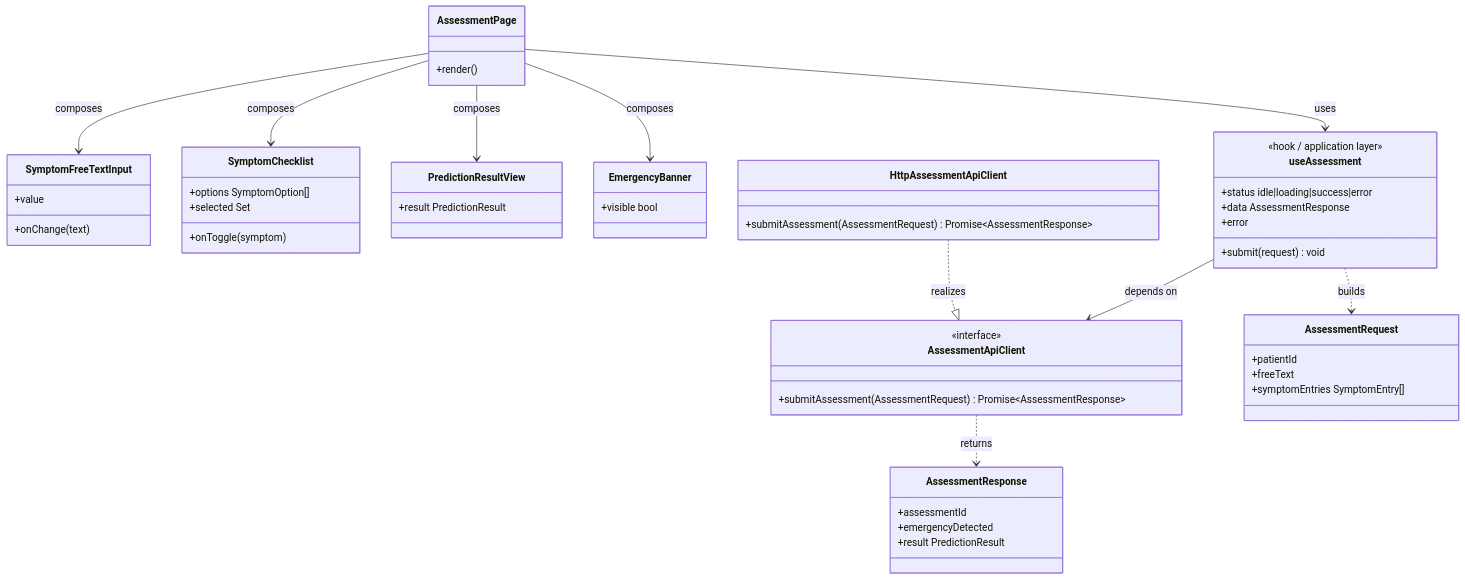
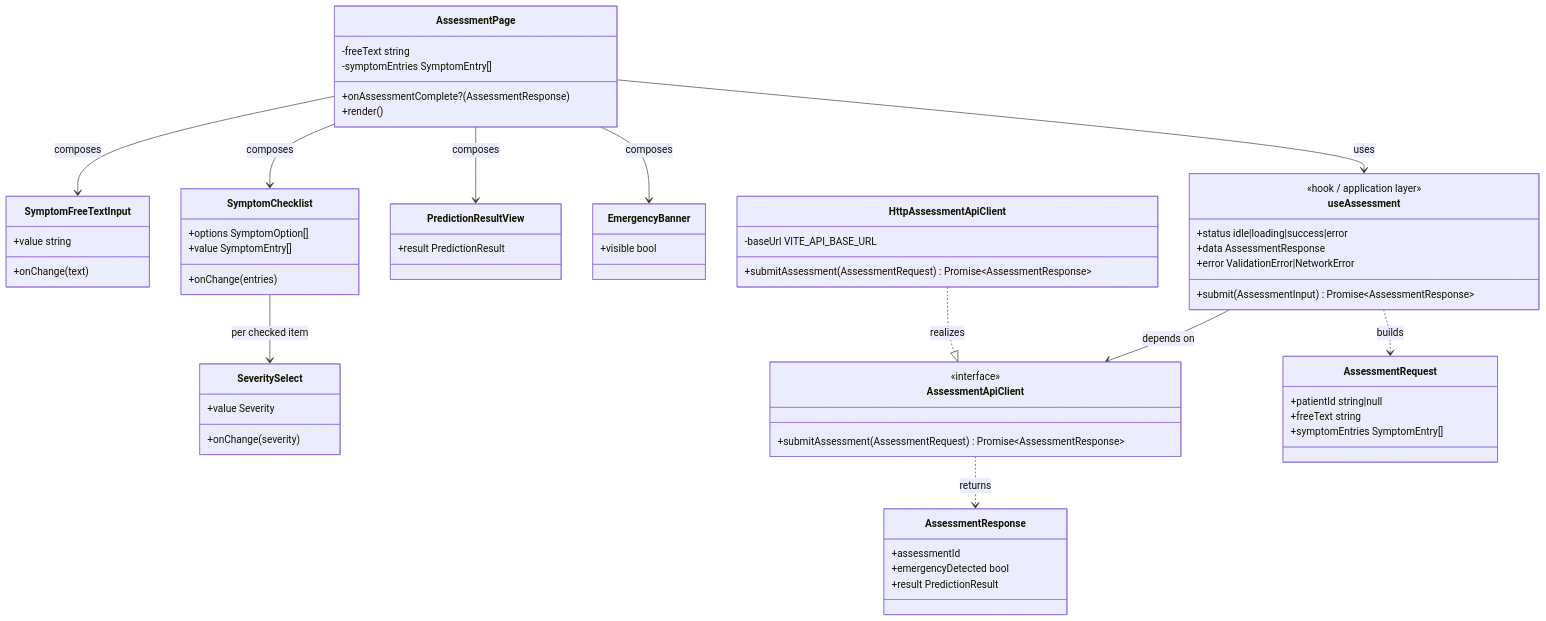
Before and after one commit to Disease-Prediction-ASET26/disease-prediction-docs: the diagram in docs/mdd/iteration3/assessment_feature_class.mmd, drawn with Mermaid. The commit also changed 14 other files, not shown here.

First line of the commit message:
docs(mdd): add implemented Iteration 3 and 4 diagrams from the frontend repo

```diff
--- a/docs/mdd/iteration3/assessment_feature_class.mmd
+++ b/docs/mdd/iteration3/assessment_feature_class.mmd
@@ -1,55 +1,64 @@
-%% MDD Iteration 3 - Structural model: Patient Web App symptom-prediction feature
+%% MDD Iteration 3 - Structural model: Patient Web App prediction feature
 %% Render: VS Code Mermaid preview, IntelliJ, or https://mermaid.live
 classDiagram
     class AssessmentPage {
+        -freeText string
+        -symptomEntries SymptomEntry[]
+        +onAssessmentComplete?(AssessmentResponse)
         +render()
     }
     class SymptomFreeTextInput {
-        +value
+        +value string
         +onChange(text)
     }
     class SymptomChecklist {
         +options SymptomOption[]
-        +selected Set
-        +onToggle(symptom)
+        +value SymptomEntry[]
+        +onChange(entries)
+    }
+    class SeveritySelect {
+        +value Severity
+        +onChange(severity)
     }
     class PredictionResultView {
         +result PredictionResult
     }
     class EmergencyBanner {
         +visible bool
     }
     class useAssessment {
         <<hook / application layer>>
-        +submit(request) void
+        +submit(AssessmentInput) Promise~AssessmentResponse~
         +status idle|loading|success|error
         +data AssessmentResponse
-        +error
+        +error ValidationError|NetworkError
     }
     class AssessmentApiClient {
         <<interface>>
         +submitAssessment(AssessmentRequest) Promise~AssessmentResponse~
     }
     class HttpAssessmentApiClient {
+        -baseUrl VITE_API_BASE_URL
         +submitAssessment(AssessmentRequest) Promise~AssessmentResponse~
     }
     class AssessmentRequest {
-        +patientId
-        +freeText
+        +patientId string|null
+        +freeText string
         +symptomEntries SymptomEntry[]
     }
     class AssessmentResponse {
         +assessmentId
-        +emergencyDetected
+        +emergencyDetected bool
         +result PredictionResult
     }
 
     AssessmentPage --> SymptomFreeTextInput : composes
     AssessmentPage --> SymptomChecklist : composes
+    SymptomChecklist --> SeveritySelect : per checked item
     AssessmentPage --> PredictionResultView : composes
     AssessmentPage --> EmergencyBanner : composes
     AssessmentPage --> useAssessment : uses
     useAssessment --> AssessmentApiClient : depends on
     HttpAssessmentApiClient ..|> AssessmentApiClient : realizes
     useAssessment ..> AssessmentRequest : builds
     AssessmentApiClient ..> AssessmentResponse : returns
```
